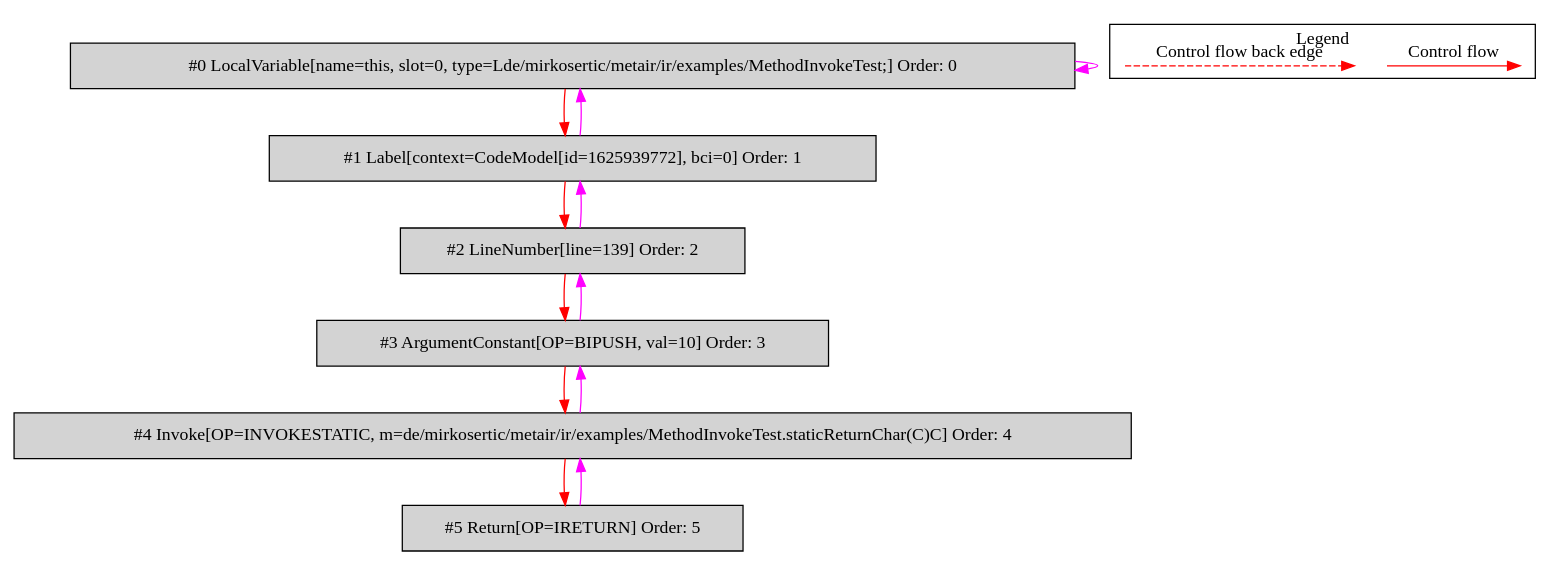
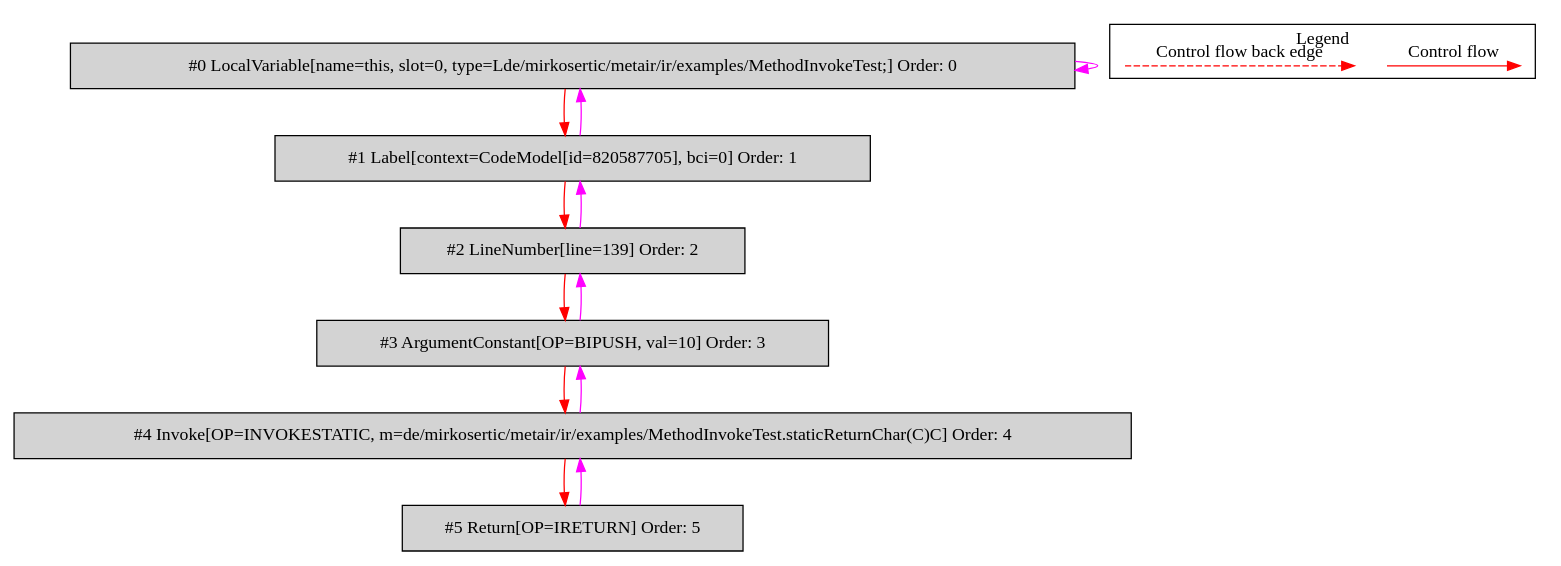
The diagram in de.mirkosertic.metair.ir.examples.MethodInvokeTest/returnChar/bytecodecfg.dot (mirkosertic/MetaIR), drawn with Graphviz before and after one commit. The commit also changed 465 other files, not shown here.

```diff
--- a/de.mirkosertic.metair.ir.examples.MethodInvokeTest/returnChar/bytecodecfg.dot
+++ b/de.mirkosertic.metair.ir.examples.MethodInvokeTest/returnChar/bytecodecfg.dot
@@ -1,34 +1,34 @@
 digraph {
  ordering="in";
  node0[label="#0 LocalVariable[name=this, slot=0, type=Lde/mirkosertic/metair/ir/examples/MethodInvokeTest;] Order: 0", shape=box, fillcolor=lightgrey, style=filled];
- node1[label="#1 Label[context=CodeModel[id=1625939772], bci=0] Order: 1", shape=box, fillcolor=lightgrey, style=filled];
+ node1[label="#1 Label[context=CodeModel[id=820587705], bci=0] Order: 1", shape=box, fillcolor=lightgrey, style=filled];
  node2[label="#2 LineNumber[line=139] Order: 2", shape=box, fillcolor=lightgrey, style=filled];
  node3[label="#3 ArgumentConstant[OP=BIPUSH, val=10] Order: 3", shape=box, fillcolor=lightgrey, style=filled];
  node4[label="#4 Invoke[OP=INVOKESTATIC, m=de/mirkosertic/metair/ir/examples/MethodInvokeTest.staticReturnChar(C)C] Order: 4", shape=box, fillcolor=lightgrey, style=filled];
  node5[label="#5 Return[OP=IRETURN] Order: 5", shape=box, fillcolor=lightgrey, style=filled];
  node0 -> node0[color=fuchsia];
  node0 -> node1[color=red];
  node1 -> node0[color=fuchsia];
  node1 -> node2[color=red];
  node2 -> node1[color=fuchsia];
  node2 -> node3[color=red];
  node3 -> node2[color=fuchsia];
  node3 -> node4[color=red];
  node4 -> node3[color=fuchsia];
  node4 -> node5[color=red];
  node5 -> node4[color=fuchsia];
  subgraph cluster_000 {
   label = "Legend";
   node [shape=point]
   {
    rank=same;
    c0 [style = invis];
    c1 [style = invis];
    c2 [style = invis];
    c3 [style = invis];
   }
   c0 -> c1 [label="Control flow", style=solid, color=red]
   c2 -> c3 [label="Control flow back edge", style=dashed, color=red]
  }
 
 }
```
